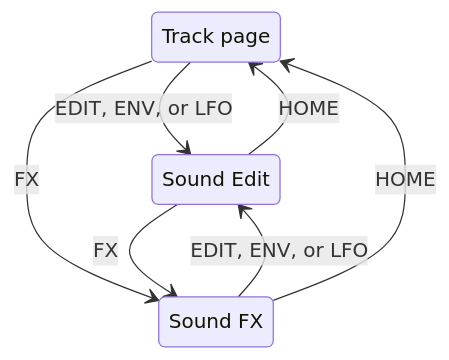
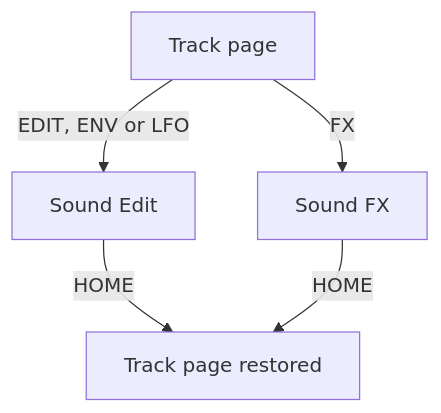
The sixth of 9 diagrams in docs/ARCHITECTURE.md (ekhve/Doinua), drawn with Mermaid before and after one commit. The commit also changed other lines of this file, not shown here.

Commit message:
Clarify Sound Edit and FX panel transitions in the architecture diagram

````diff
--- a/docs/ARCHITECTURE.md
+++ b/docs/ARCHITECTURE.md
@@ -172,12 +172,7 @@
 ```mermaid
-stateDiagram-v2
-    state "Track page" as Track
-    state "Sound Edit" as Edit
-    state "Sound FX" as FX
-    Track --> Edit: EDIT, ENV, or LFO
-    Track --> FX: FX
-    Edit --> FX: FX
-    FX --> Edit: EDIT, ENV, or LFO
-    Edit --> Track: HOME
-    FX --> Track: HOME
+flowchart TD
+    Track["Track page"] -->|EDIT, ENV or LFO| Edit["Sound Edit"]
+    Track -->|FX| FX["Sound FX"]
+    Edit -->|HOME| Return["Track page restored"]
+    FX -->|HOME| Return
 ```
````
